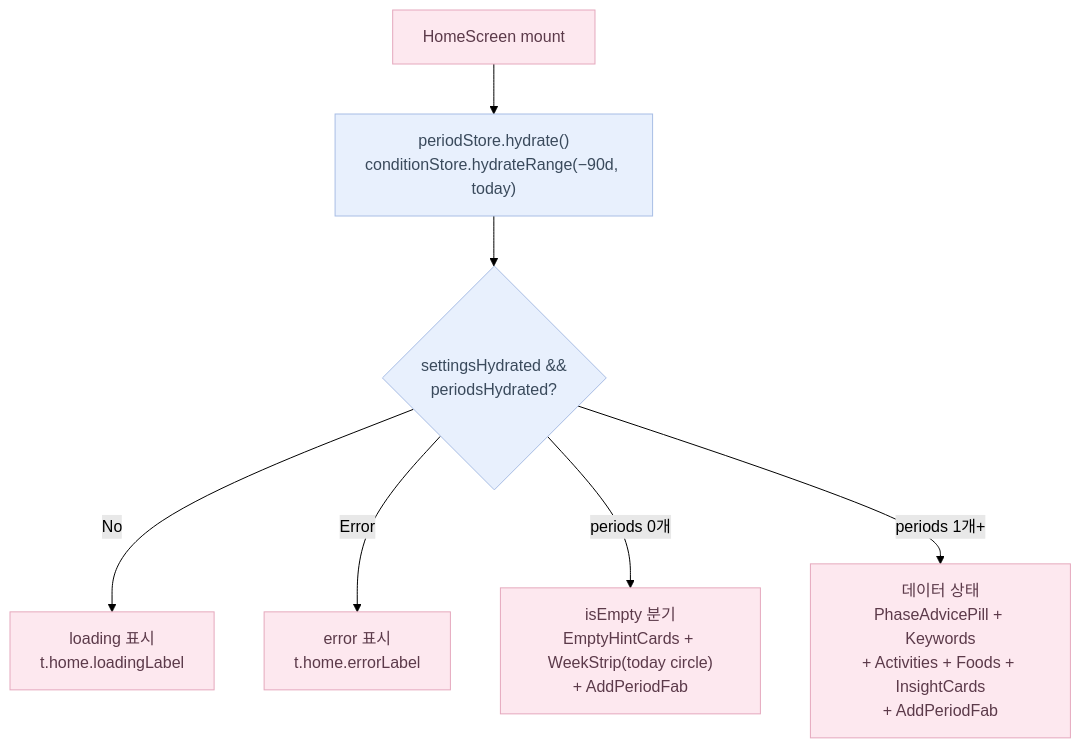
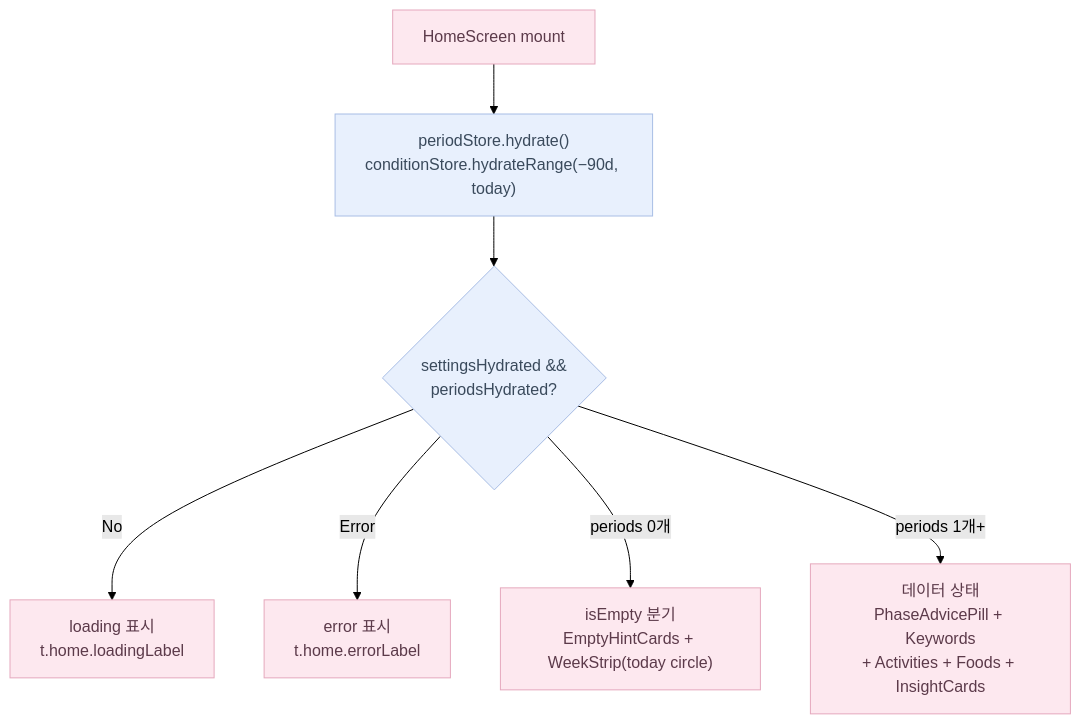
The second of 3 diagrams in docs/flows/home.md (soojjung/dwee-wellness-tracker), drawn with Mermaid (forest theme) before and after one commit. The commit also changed other lines of this file and 53 other files, not shown here.

````diff
--- a/docs/flows/home.md
+++ b/docs/flows/home.md
@@ -7,14 +44,14 @@
 ```mermaid
 flowchart TD
     Mount["HomeScreen mount"] --> Hydrate["periodStore.hydrate()\nconditionStore.hydrateRange(−90d, today)"]
     Hydrate --> Check{"settingsHydrated &&\nperiodsHydrated?"}
     Check -->|"No"| Loading["loading 표시\nt.home.loadingLabel"]
     Check -->|"Error"| Error["error 표시\nt.home.errorLabel"]
-    Check -->|"periods 0개"| Empty["isEmpty 분기\nEmptyHintCards + WeekStrip(today circle)\n+ AddPeriodFab"]
-    Check -->|"periods 1개+"| Normal["데이터 상태\nPhaseAdvicePill + Keywords\n+ Activities + Foods + InsightCards\n+ AddPeriodFab"]
+    Check -->|"periods 0개"| Empty["isEmpty 분기\nEmptyHintCards + WeekStrip(today circle)"]
+    Check -->|"periods 1개+"| Normal["데이터 상태\nPhaseAdvicePill + Keywords\n+ Activities + Foods + InsightCards"]
 
     classDef ui fill:#FDE8EF,stroke:#E5A8BD,color:#5C3A4A;
     classDef logic fill:#E8F0FD,stroke:#A8BDE5,color:#3A4A5C;
     class Mount,Loading,Error,Empty,Normal ui;
     class Hydrate,Check logic;
 ```
````
